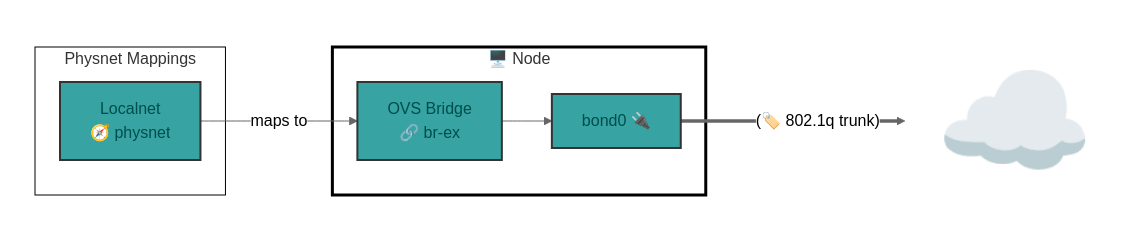
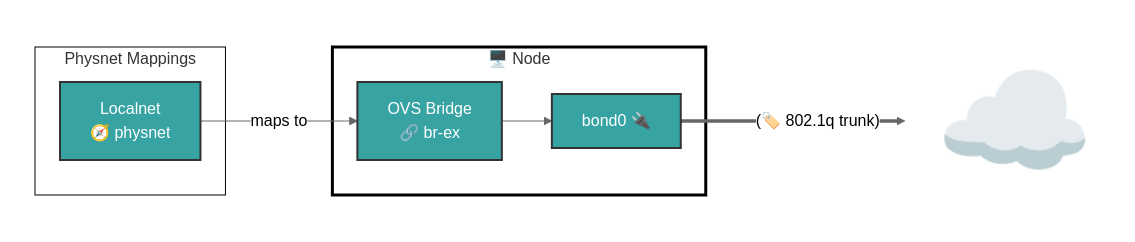
The first of 7 diagrams in README.md (dlbewley/demo-rhone-26), drawn with Mermaid (neutral theme) before and after one commit. The commit also changed other lines of this file, not shown here.

````diff
--- a/README.md
+++ b/README.md
@@ -28,31 +28,32 @@
 ```mermaid
 graph LR;
     subgraph Cluster[" "]
       subgraph Localnets["Physnet Mappings"]
         physnet-ex[Localnet<br> 🧭 physnet]
       end
 
       subgraph node1["🖥️ Node "]
         br-ex[ OVS Bridge<br> 🔗 br-ex]
         node1-bond0[bond0 🔌]
       end
     end
 
     physnet-ex -- maps to --> br-ex
     br-ex --> node1-bond0
 
     Internet["☁️ "]:::Internet
     node1-bond0 ==(🏷️ 802.1q trunk)==> Internet
 
     classDef node-eth fill:#37A3A3,color:#00f,stroke:#333,stroke-width:2px
 
-    classDef bond0 fill:#37A3A3,color:#004d4d,stroke:#333,stroke-width:2px
+    classDef xbond0 fill:#37A3A3,color:#004d4d,stroke:#333,stroke-width:2px
+    classDef bond0 fill:#37A3A3,color:#fff,stroke:#333,stroke-width:2px
     class br-ex,physnet-ex,node1-vlan-machine,node1-bond0 bond0
 
     style Localnets fill:#fff,stroke:#000,stroke-width:1px
     style Cluster color:#000,fill:#fff,stroke:#333,stroke-width:0px
     style Internet fill:none,stroke-width:0px,font-size:+2em
 
     classDef nodes fill:#fff,stroke:#000,stroke-width:3px
     class node1,node2,node3 nodes
 ```
````
